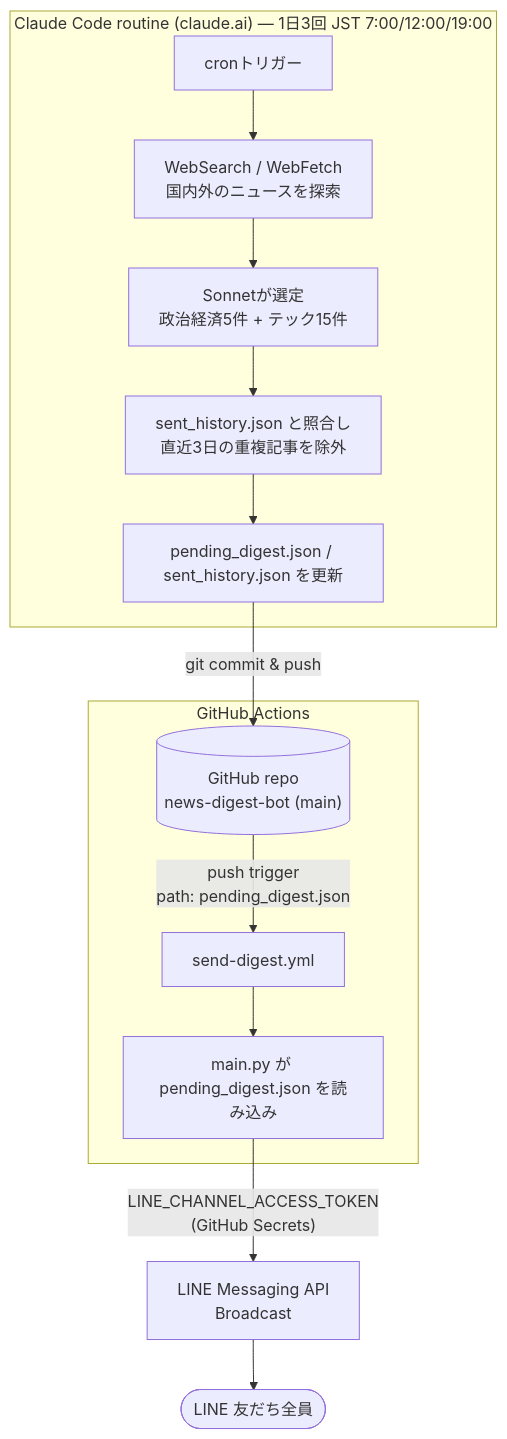
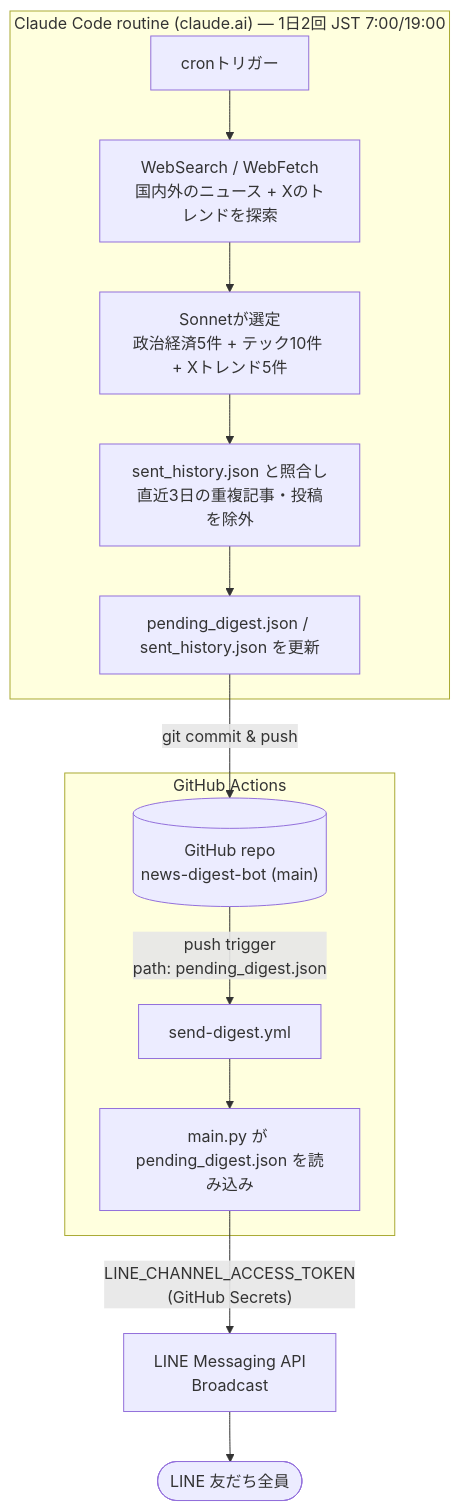
Before and after one commit to toshiki-fukui/news-digest-bot: the diagram in README.md, drawn with Mermaid. The commit also changed other lines of this file and 2 other files, not shown here.

First line of the commit message:
feat: switch routine to 2x/day, tech 10 + X trending tech 5

````diff
--- a/README.md
+++ b/README.md
@@ -12,19 +13,19 @@
 ```mermaid
 flowchart TD
-    subgraph Routine["Claude Code routine (claude.ai) — 1日3回 JST 7:00/12:00/19:00"]
-        A[cronトリガー] --> B["WebSearch / WebFetch<br/>国内外のニュースを探索"]
-        B --> C["Sonnetが選定<br/>政治経済5件 + テック15件"]
-        C --> D["sent_history.json と照合し<br/>直近3日の重複記事を除外"]
+    subgraph Routine["Claude Code routine (claude.ai) — 1日2回 JST 7:00/19:00"]
+        A[cronトリガー] --> B["WebSearch / WebFetch<br/>国内外のニュース + Xのトレンドを探索"]
+        B --> C["Sonnetが選定<br/>政治経済5件 + テック10件 + Xトレンド5件"]
+        C --> D["sent_history.json と照合し<br/>直近3日の重複記事・投稿を除外"]
         D --> E["pending_digest.json / sent_history.json を更新"]
     end
 
     E -->|git commit & push| F[("GitHub repo<br/>news-digest-bot (main)")]
 
     subgraph Actions["GitHub Actions"]
         F -->|"push trigger<br/>path: pending_digest.json"| G["send-digest.yml"]
         G --> H["main.py が pending_digest.json を読み込み"]
     end
 
     H -->|"LINE_CHANNEL_ACCESS_TOKEN<br/>(GitHub Secrets)"| I["LINE Messaging API<br/>Broadcast"]
     I --> J(["LINE 友だち全員"])
 ```
````
